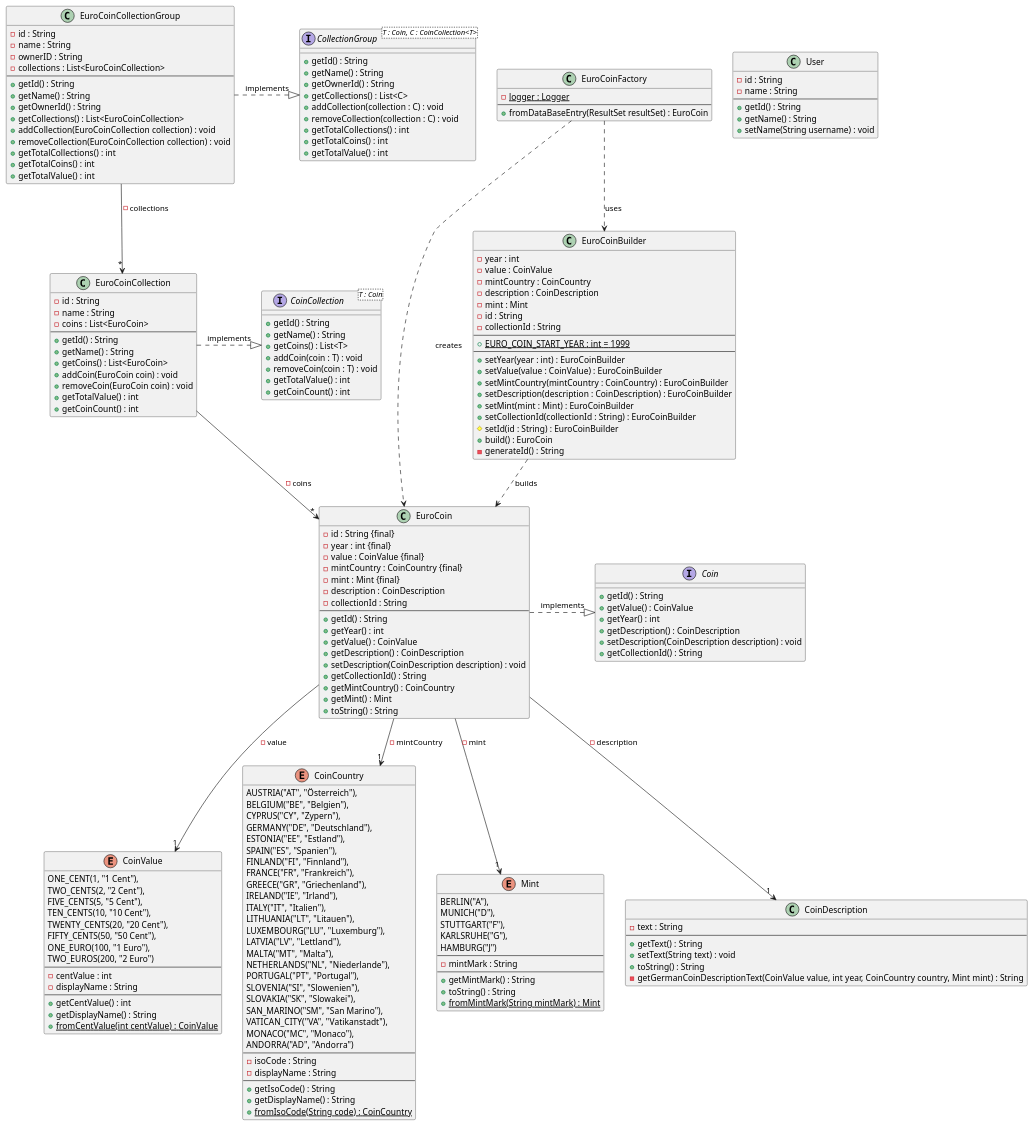
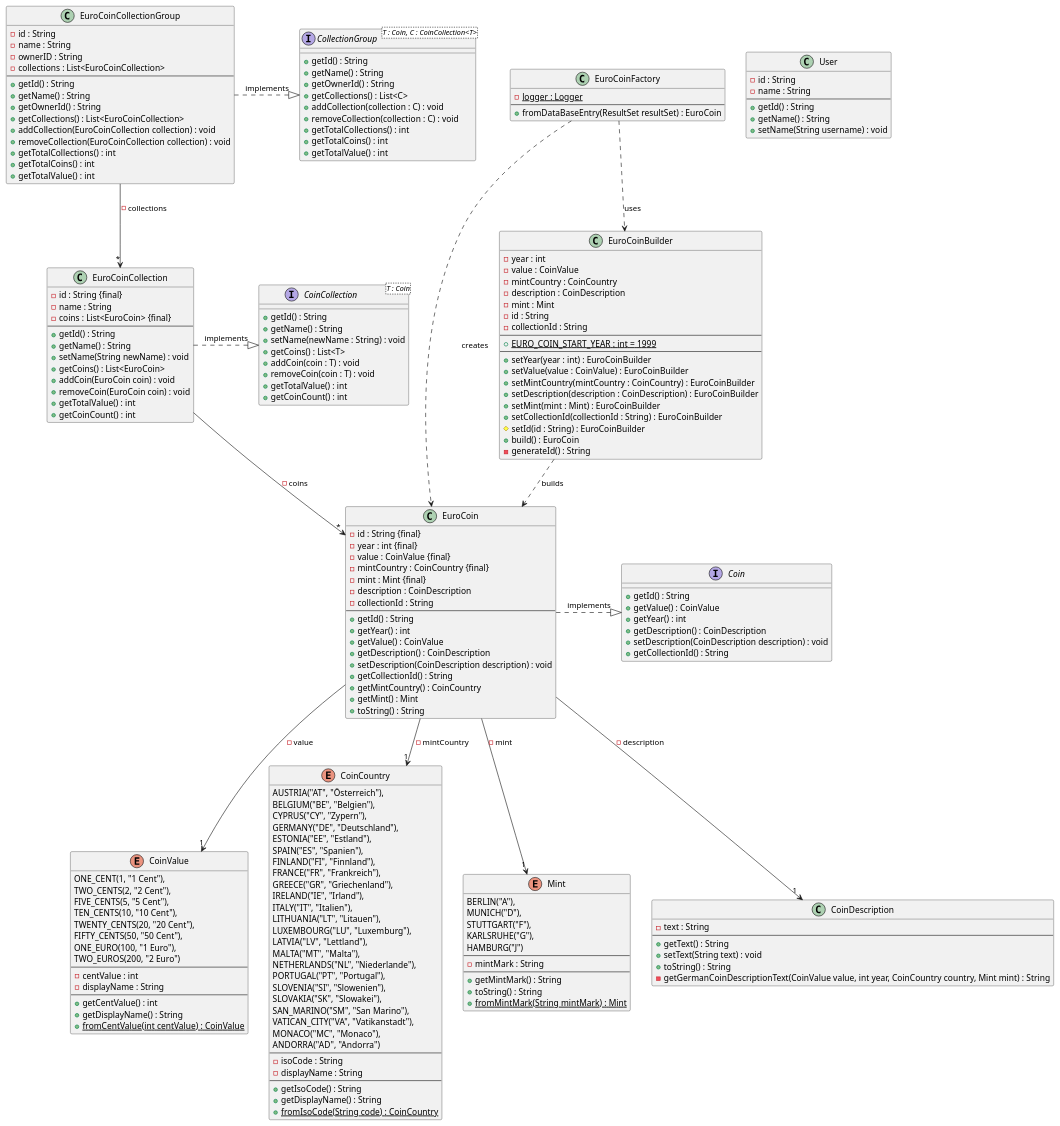
One commit to lstramke/coincollector changed the diagram in docs/DataModel/dataModel.puml. Above: the diagram before and after it, drawn with PlantUML. The commit also changed 4 other files, not shown here.

```diff
--- a/docs/DataModel/dataModel.puml
+++ b/docs/DataModel/dataModel.puml
@@ -1,4 +1,4 @@
-@startuml dataModel_v6
+@startuml dataModel_v7
 
 ' ENUMS
 enum CoinValue {
@@ -89,6 +89,7 @@
 interface CoinCollection<T : Coin> {
     + getId() : String
     + getName() : String
+    + setName(newName : String) : void
     + getCoins() : List<T>
     + addCoin(coin : T) : void
     + removeCoin(coin : T) : void
@@ -136,12 +137,13 @@
 
 ' COLLECTIONS
 class EuroCoinCollection {
-    - id : String
+    - id : String {final}
     - name : String
-    - coins : List<EuroCoin>
+    - coins : List<EuroCoin> {final}
     --
     + getId() : String
     + getName() : String
+    + setName(String newName) : void
     + getCoins() : List<EuroCoin>
     + addCoin(EuroCoin coin) : void
     + removeCoin(EuroCoin coin) : void
```
